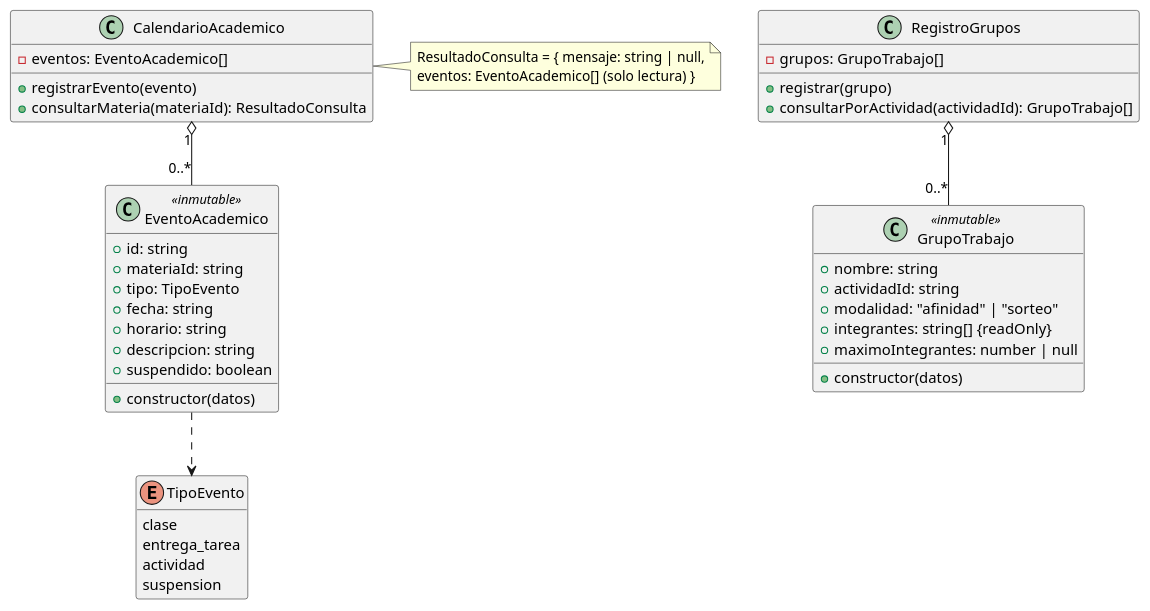
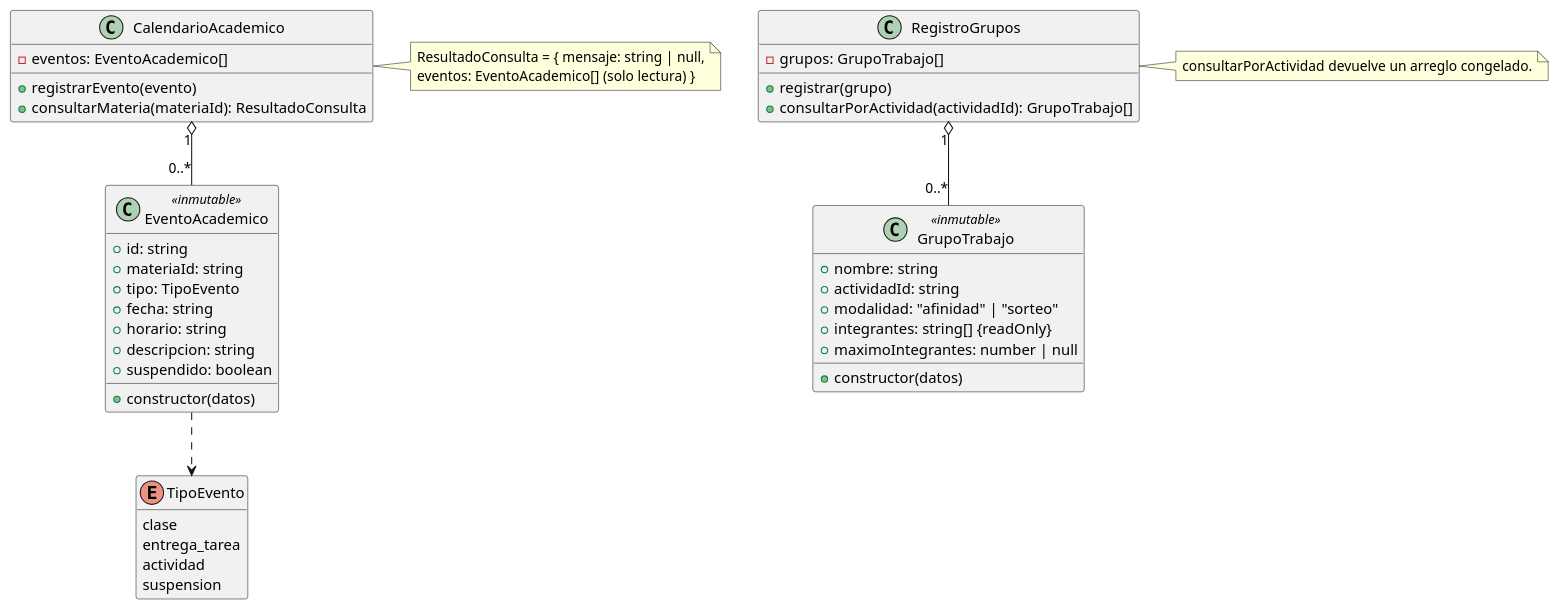
Before and after one commit to Stevenjoelrs/ActivityClassroom: the diagram in docs/class.puml, drawn with PlantUML. The commit also changed 1 other file, not shown here.

Commit message:
docs(hu-01): actualiza tarea y UML del calendario

```diff
--- a/docs/class.puml
+++ b/docs/class.puml
@@ -1,51 +1,55 @@
 @startuml class
 hide empty members
 
 enum TipoEvento {
   clase
   entrega_tarea
   actividad
   suspension
 }
 
 class GrupoTrabajo <<inmutable>> {
   +nombre: string
   +actividadId: string
   +modalidad: "afinidad" | "sorteo"
   +integrantes: string[] {readOnly}
   +maximoIntegrantes: number | null
   +constructor(datos)
 }
 
 class RegistroGrupos {
   -grupos: GrupoTrabajo[]
   +registrar(grupo)
   +consultarPorActividad(actividadId): GrupoTrabajo[]
 }
 
 class EventoAcademico <<inmutable>> {
   +id: string
   +materiaId: string
   +tipo: TipoEvento
   +fecha: string
   +horario: string
   +descripcion: string
   +suspendido: boolean
   +constructor(datos)
 }
 
 class CalendarioAcademico {
   -eventos: EventoAcademico[]
   +registrarEvento(evento)
   +consultarMateria(materiaId): ResultadoConsulta
 }
 
 note right of CalendarioAcademico
   ResultadoConsulta = { mensaje: string | null,
   eventos: EventoAcademico[] (solo lectura) }
 end note
 
+note right of RegistroGrupos
+  consultarPorActividad devuelve un arreglo congelado.
+end note
+
 RegistroGrupos "1" o-- "0..*" GrupoTrabajo
 CalendarioAcademico "1" o-- "0..*" EventoAcademico
 EventoAcademico ..> TipoEvento
 @enduml
```
